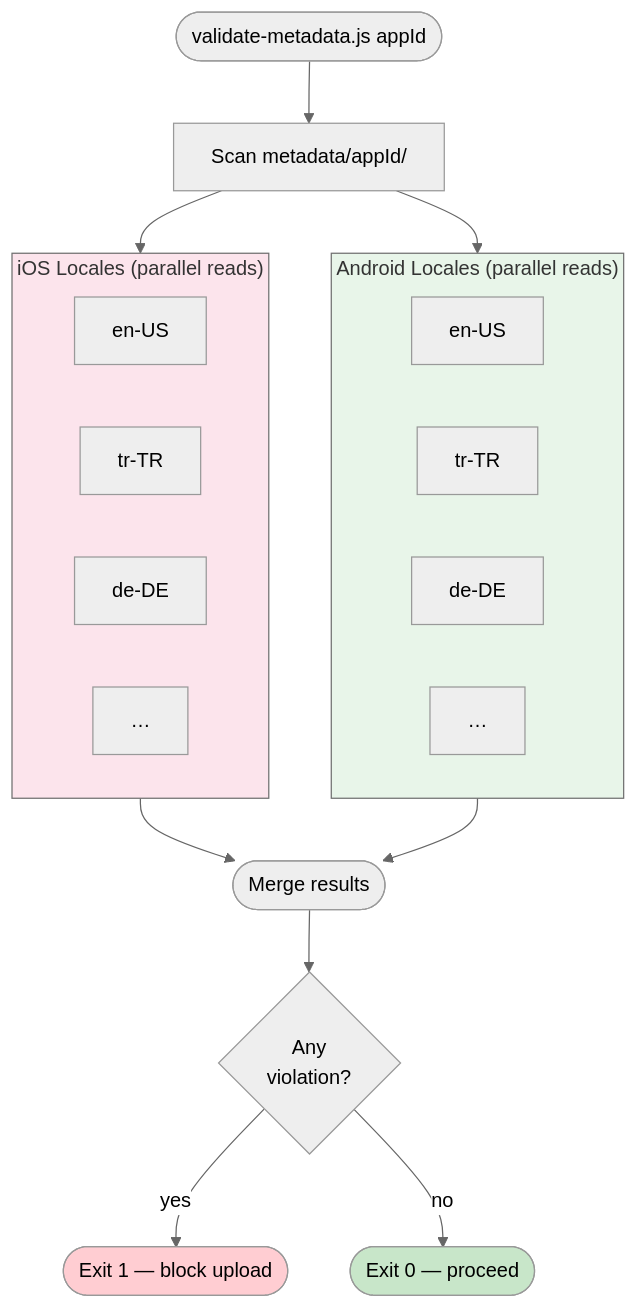
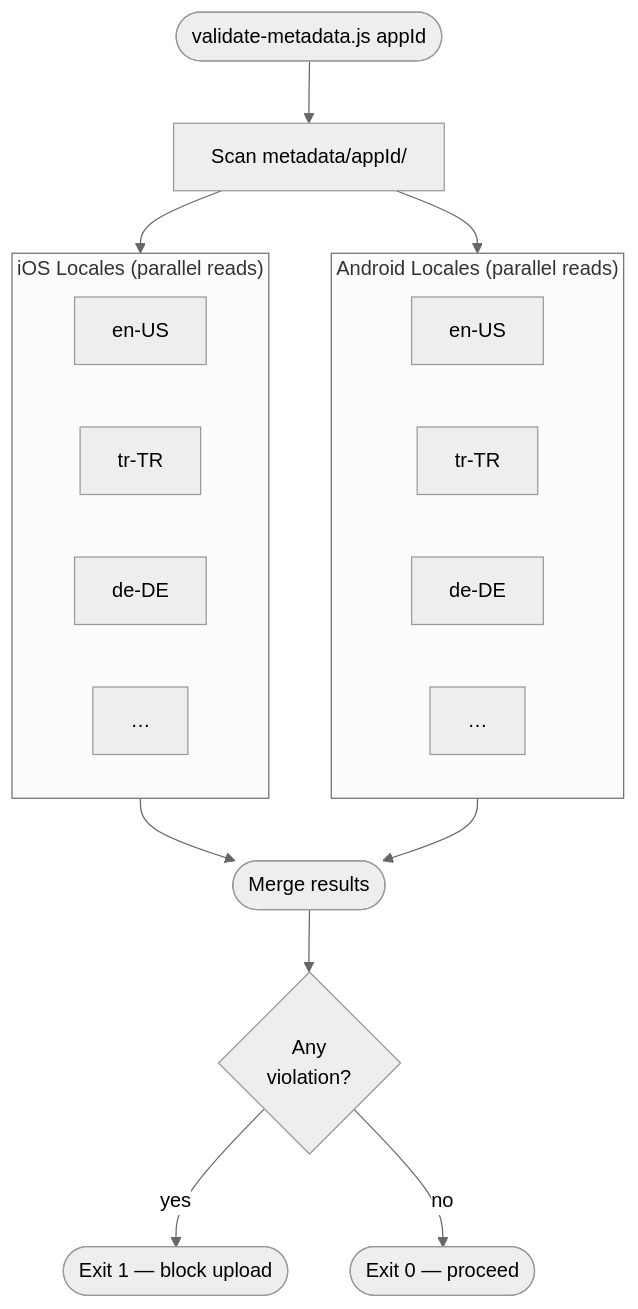
Before and after one commit to ofcskn/mobile-automation-plugin: the fourth of 7 diagrams in docs/CONCURRENCY.md, drawn with Mermaid (neutral theme). The commit also changed other lines of this file and 1 other file, not shown here.

First line of the commit message:
fix: correct install command format and remove mermaid color fills

````diff
--- a/docs/CONCURRENCY.md
+++ b/docs/CONCURRENCY.md
@@ -177,26 +158,22 @@
 ```mermaid
 flowchart TD
     START([validate-metadata.js appId]) --> SCAN[Scan metadata/appId/]
 
     subgraph IOSPAR ["iOS Locales (parallel reads)"]
         I1[en-US] & I2[tr-TR] & I3[de-DE] & IN[…]
     end
 
     subgraph ANDPAR ["Android Locales (parallel reads)"]
         A1[en-US] & A2[tr-TR] & A3[de-DE] & AN[…]
     end
 
     SCAN --> IOSPAR
     SCAN --> ANDPAR
 
     IOSPAR --> MERGE([Merge results])
     ANDPAR --> MERGE
     MERGE --> REPORT{Any\nviolation?}
     REPORT -- yes --> FAIL([Exit 1 — block upload])
     REPORT -- no --> PASS([Exit 0 — proceed])
 
-    style IOSPAR fill:#fce4ec
-    style ANDPAR fill:#e8f5e9
-    style FAIL fill:#ffcdd2
-    style PASS fill:#c8e6c9
 ```
````
